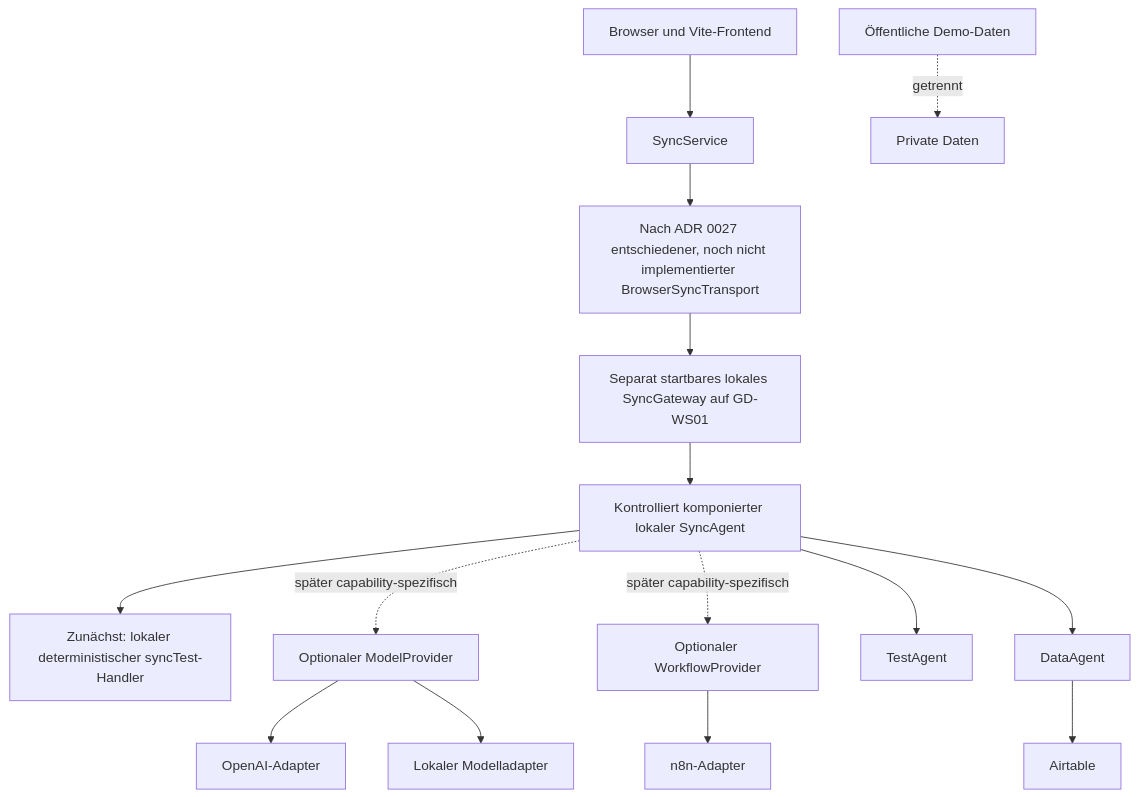
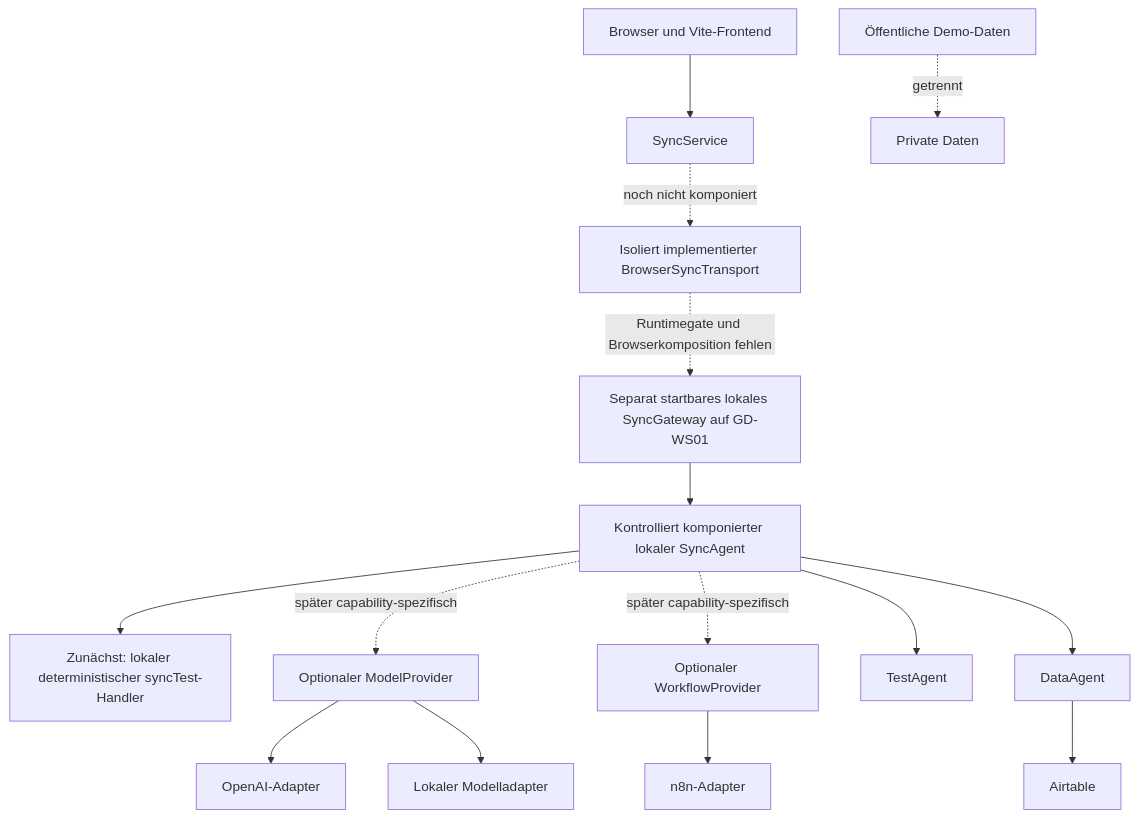
Before and after one commit to Varudan/goldendawn-os: the diagram in docs/security.md, drawn with Mermaid. The commit also changed other lines of this file and 11 other files, not shown here.

Commit message:
feat: browser-sync-transport-foundation (#59)

````diff
--- a/docs/security.md
+++ b/docs/security.md
@@ -61,18 +61,18 @@
 ```mermaid
 flowchart TD
     Browser["Browser und Vite-Frontend"] --> Service["SyncService"]
-    Service --> Transport["Nach ADR 0027 entschiedener, noch nicht implementierter BrowserSyncTransport"]
-    Transport --> Gateway["Separat startbares lokales SyncGateway auf GD-WS01"]
+    Service -.->|noch nicht komponiert| Transport["Isoliert implementierter BrowserSyncTransport"]
+    Transport -.->|Runtimegate und Browserkomposition fehlen| Gateway["Separat startbares lokales SyncGateway auf GD-WS01"]
     Gateway --> Sync["Kontrolliert komponierter lokaler SyncAgent"]
     Sync --> LocalHandler["Zunächst: lokaler deterministischer syncTest-Handler"]
     Sync -.->|später capability-spezifisch| ModelProvider["Optionaler ModelProvider"]
     ModelProvider --> OpenAI["OpenAI-Adapter"]
     ModelProvider --> LocalModel["Lokaler Modelladapter"]
     Sync -.->|später capability-spezifisch| WorkflowProvider["Optionaler WorkflowProvider"]
     WorkflowProvider --> N8n["n8n-Adapter"]
     Sync --> Test["TestAgent"]
     Sync --> Data["DataAgent"]
     Data --> Airtable["Airtable"]
 
     Public["Öffentliche Demo-Daten"] -. getrennt .-> Private["Private Daten"]
 ```
````
